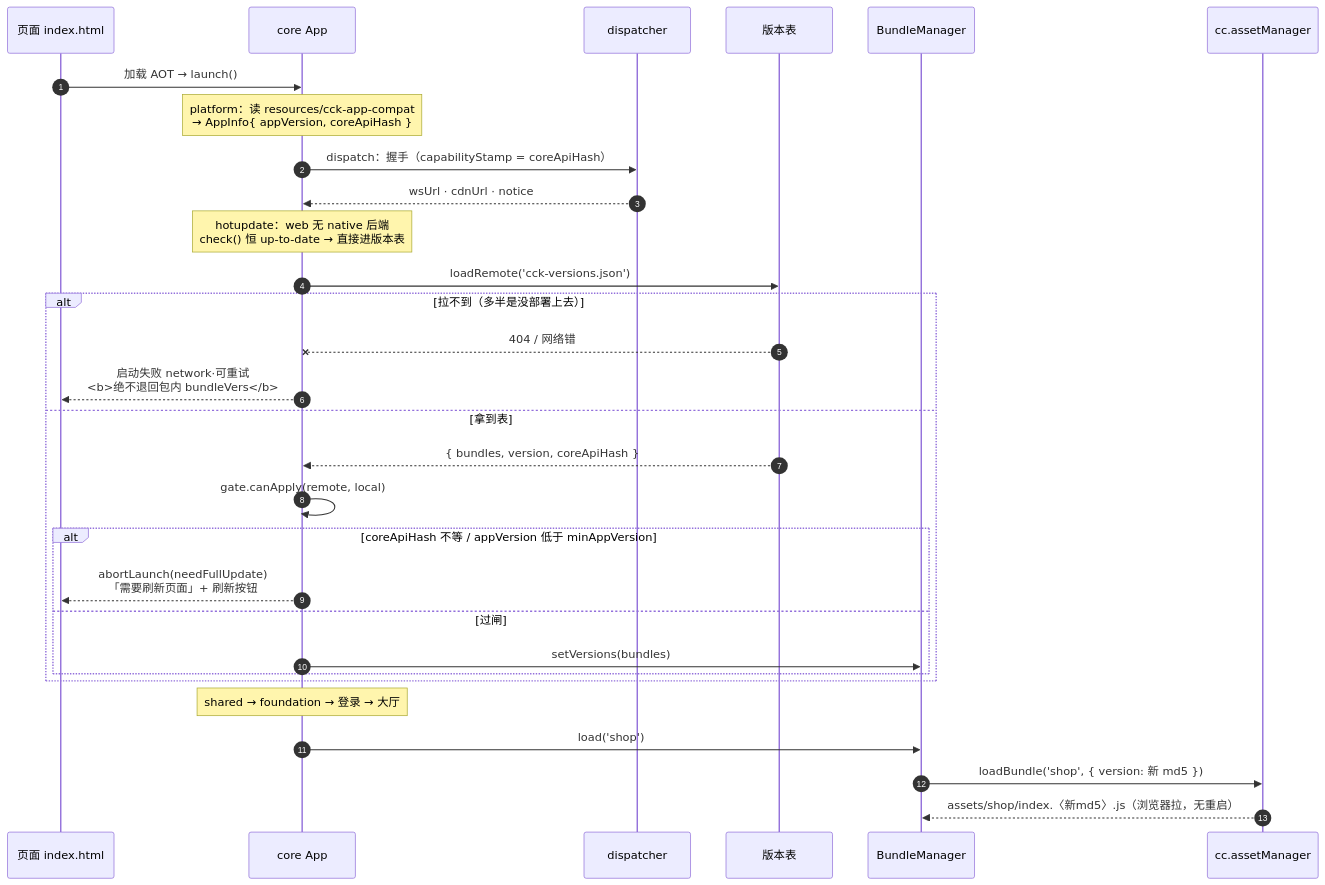
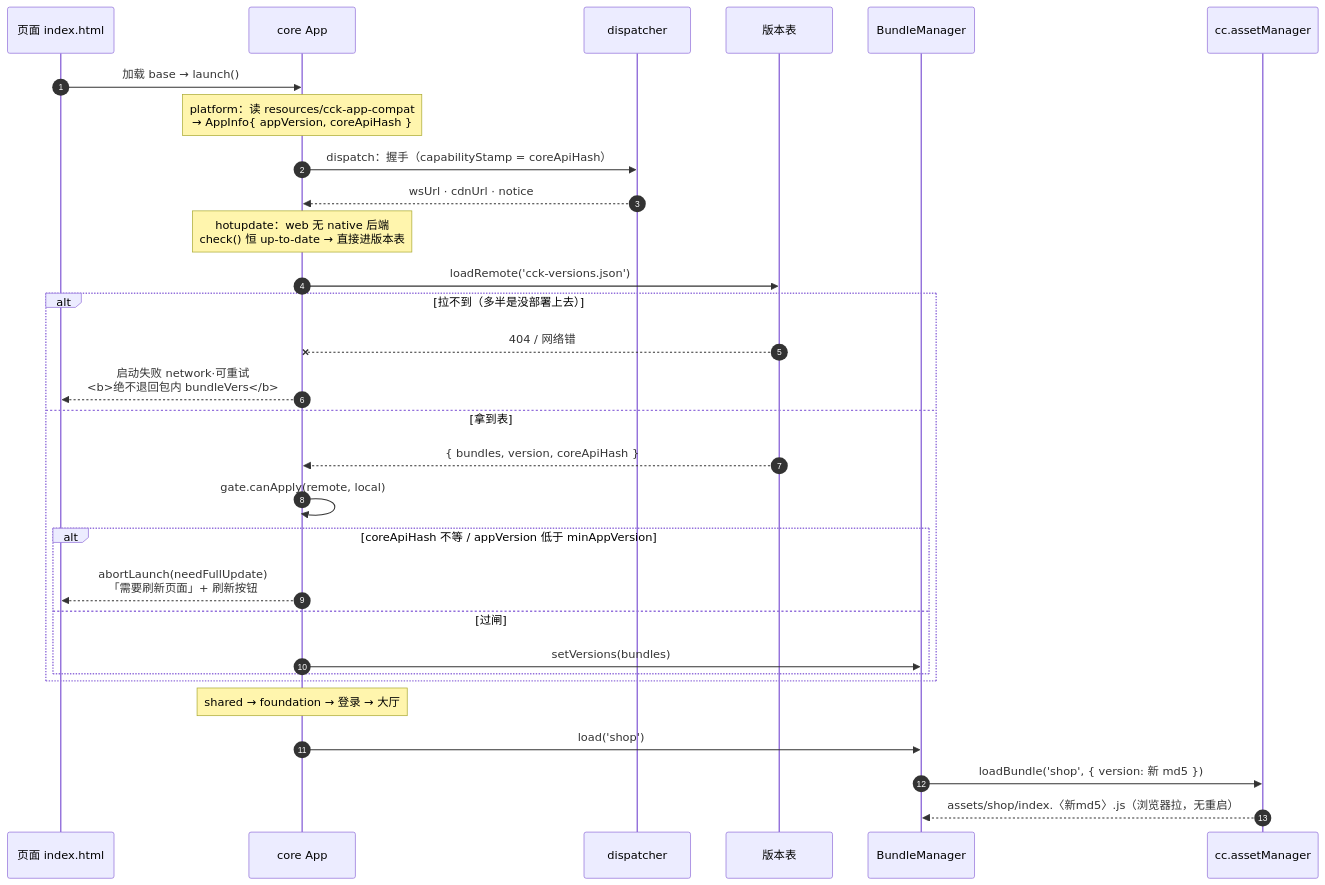
Before and after one commit to bearluo/creator-core-kit: the sixth of 7 diagrams in apps/demo/docs/hotupdate-pipeline.md, drawn with Mermaid. The commit also changed other lines of this file and 105 other files, not shown here.

First line of the commit message:
refactor(editor,kit): 鱼阵编辑器搬去 HTML；AOT 术语统一成 base

````diff
--- a/apps/demo/docs/hotupdate-pipeline.md
+++ b/apps/demo/docs/hotupdate-pipeline.md
@@ -441,35 +441,35 @@
 ```mermaid
 sequenceDiagram
   autonumber
   participant P as 页面 index.html
   participant App as core App
   participant DP as dispatcher
   participant V as 版本表
   participant BM as BundleManager
   participant CC as cc.assetManager
 
-  P->>App: 加载 AOT → launch()
+  P->>App: 加载 base → launch()
   Note over App: platform：读 resources/cck-app-compat<br/>→ AppInfo{ appVersion, coreApiHash }
   App->>DP: dispatch：握手（capabilityStamp = coreApiHash）
   DP-->>App: wsUrl · cdnUrl · notice
   Note over App: hotupdate：web 无 native 后端<br/>check() 恒 up-to-date → 直接进版本表
 
   App->>V: loadRemote('cck-versions.json')
   alt 拉不到（多半是没部署上去）
     V--xApp: 404 / 网络错
     App-->>P: 启动失败 network·可重试<br/><b>绝不退回包内 bundleVers</b>
   else 拿到表
     V-->>App: { bundles, version, coreApiHash }
     App->>App: gate.canApply(remote, local)
     alt coreApiHash 不等 / appVersion 低于 minAppVersion
       App-->>P: abortLaunch(needFullUpdate)<br/>「需要刷新页面」+ 刷新按钮
     else 过闸
       App->>BM: setVersions(bundles)
     end
   end
 
   Note over App: shared → foundation → 登录 → 大厅
   App->>BM: load('shop')
   BM->>CC: loadBundle('shop', { version: 新 md5 })
   CC-->>BM: assets/shop/index.〈新md5〉.js（浏览器拉，无重启）
 ```
````
